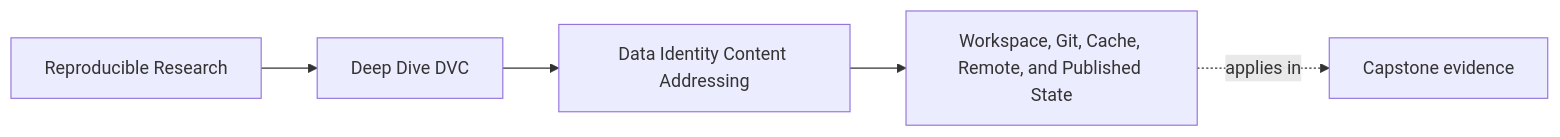
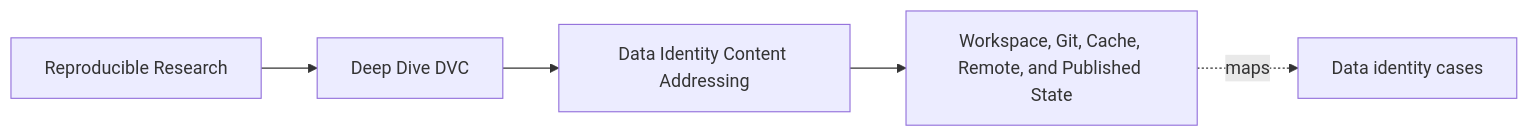
The first of 3 diagrams in programs/reproducible-research/deep-dive-dvc/course-book/module-02-data-identity-content-addressing/workspace-git-cache-remote-and-published-state.md (bijux/bijux-masterclass), drawn with Mermaid before and after one commit. The commit also changed other lines of this file, not shown here.

Commit message:
docs(dvc): map authority across data state layers

````diff
--- a/programs/reproducible-research/deep-dive-dvc/course-book/module-02-data-identity-content-addressing/workspace-git-cache-remote-and-published-state.md
+++ b/programs/reproducible-research/deep-dive-dvc/course-book/module-02-data-identity-content-addressing/workspace-git-cache-remote-and-published-state.md
@@ -7,11 +6,11 @@
 ```mermaid
 graph LR
   family["Reproducible Research"]
   program["Deep Dive DVC"]
   section["Data Identity Content Addressing"]
   page["Workspace, Git, Cache, Remote, and Published State"]
-  capstone["Capstone evidence"]
+  capstone["Data identity cases"]
 
   family --> program --> section --> page
-  page -.applies in.-> capstone
+  page -.maps.-> capstone
 ```
````
